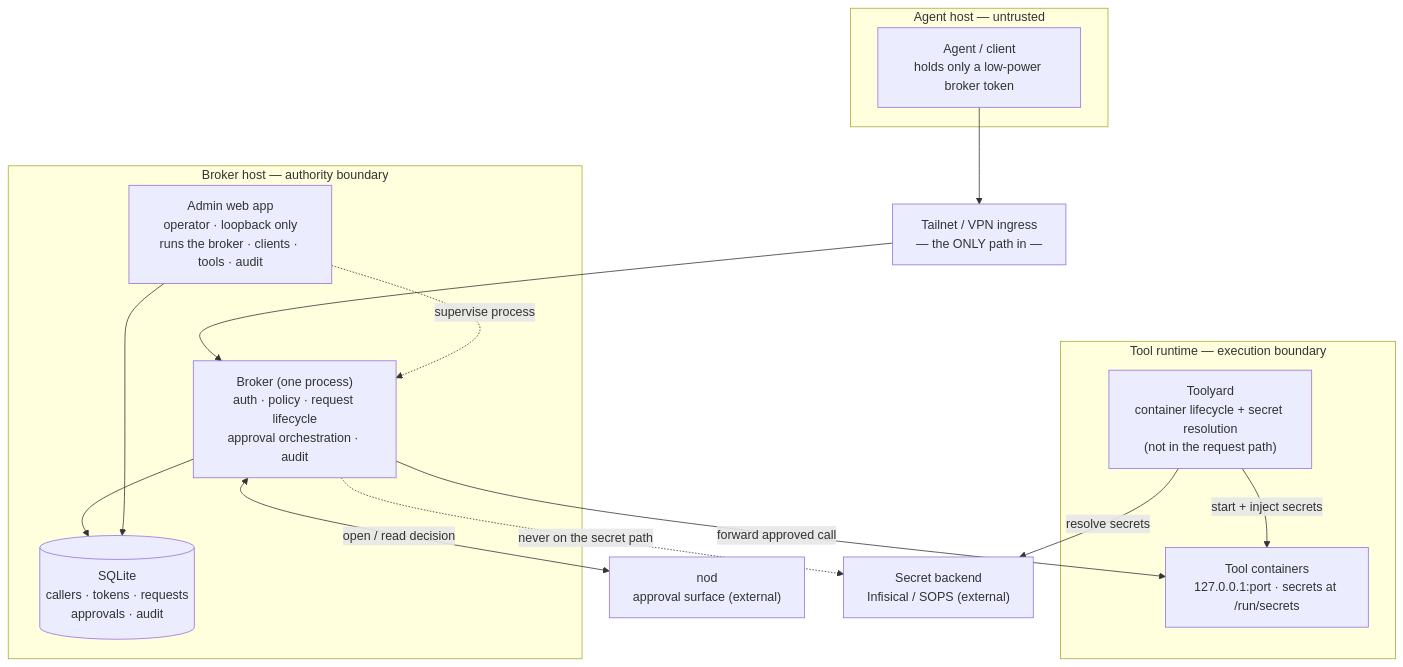
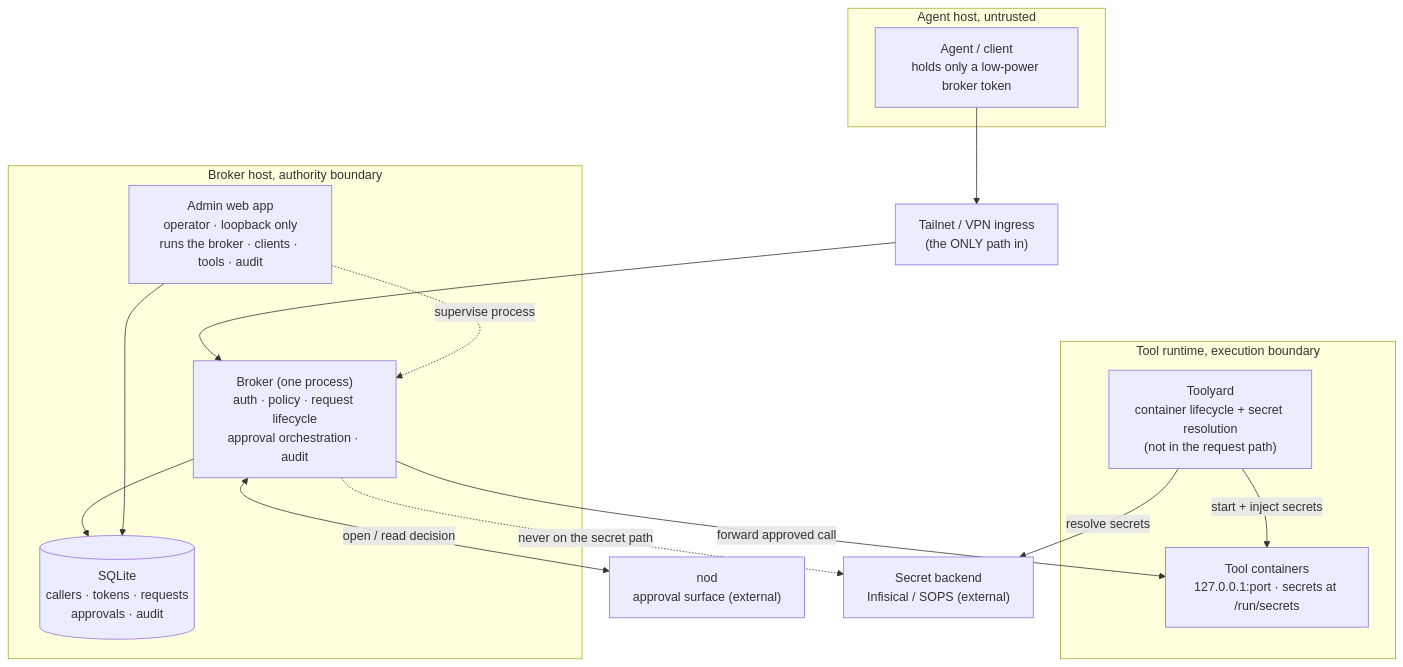
One commit to batteryshark/Toolstack changed the diagram in docs/walkthrough.md. Above: the diagram before and after it, drawn with Mermaid. The commit also changed other lines of this file and 107 other files, not shown here.

````diff
--- a/docs/walkthrough.md
+++ b/docs/walkthrough.md
@@ -57,28 +57,28 @@
 ```mermaid
 flowchart TB
-    subgraph Untrusted["Agent host — untrusted"]
+    subgraph Untrusted["Agent host, untrusted"]
         Agent["Agent / client<br/>holds only a low-power broker token"]
     end
-    Ingress["Tailnet / VPN ingress<br/>— the ONLY path in —"]
-    subgraph BrokerHost["Broker host — authority boundary"]
+    Ingress["Tailnet / VPN ingress<br/>(the ONLY path in)"]
+    subgraph BrokerHost["Broker host, authority boundary"]
         Broker["Broker (one process)<br/>auth · policy · request lifecycle<br/>approval orchestration · audit"]
         DB[("SQLite<br/>callers · tokens · requests<br/>approvals · audit")]
         Admin["Admin web app<br/>operator · loopback only<br/>runs the broker · clients · tools · audit"]
     end
-    subgraph Workload["Tool runtime — execution boundary"]
+    subgraph Workload["Tool runtime, execution boundary"]
         Toolyard["Toolyard<br/>container lifecycle + secret resolution<br/>(not in the request path)"]
         Tools["Tool containers<br/>127.0.0.1:port · secrets at /run/secrets"]
     end
     Nod["nod<br/>approval surface (external)"]
     Vault["Secret backend<br/>Infisical / SOPS (external)"]
 
     Agent --> Ingress --> Broker
     Broker --> DB
     Broker -->|forward approved call| Tools
     Toolyard -->|start + inject secrets| Tools
     Broker <-->|open / read decision| Nod
     Toolyard -->|resolve secrets| Vault
     Broker -. never on the secret path .-> Vault
     Admin -. supervise process .-> Broker
     Admin --> DB
 ```
````
